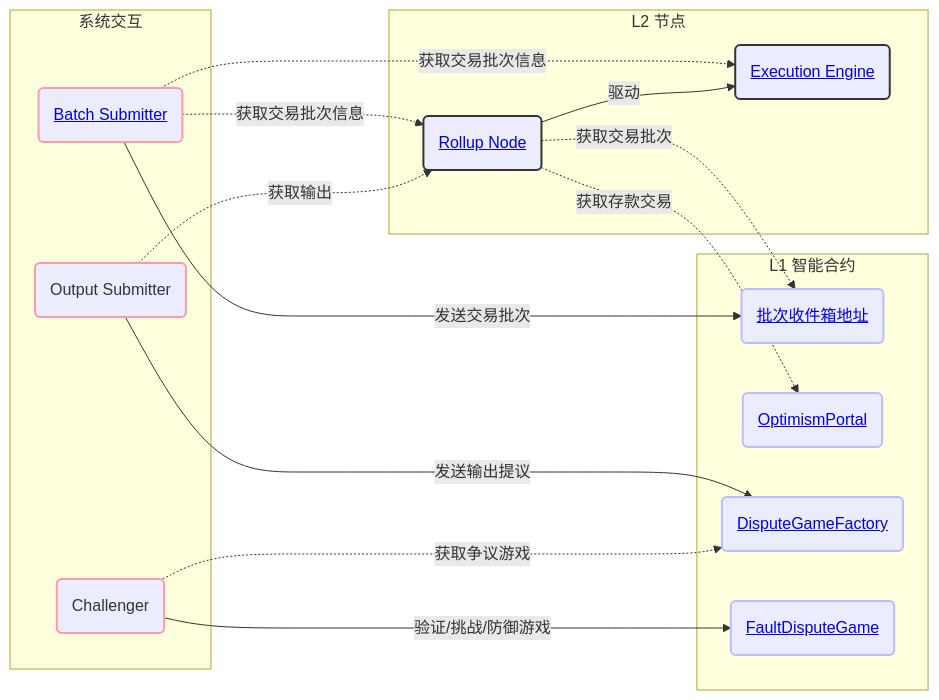
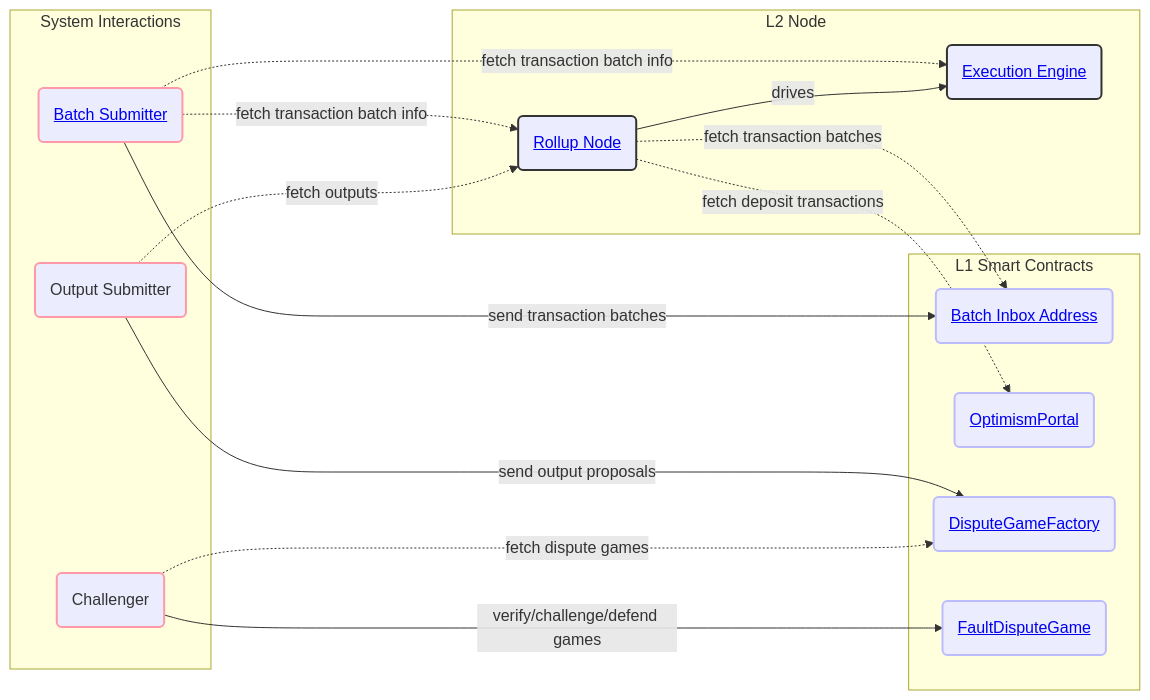
The fourth of 4 diagrams in layer2/optimism/optimism-codebase-protocol-overview.md (ywy2090/deep-into-solidity), drawn with Mermaid before and after one commit. The commit also changed other lines of this file and 1 other file, not shown here.

````diff
--- a/layer2/optimism/optimism-codebase-protocol-overview.md
+++ b/layer2/optimism/optimism-codebase-protocol-overview.md
@@ -260,42 +260,42 @@
 ```mermaid
 graph LR
-    subgraph "L2 节点"
-        RollupNode(<a href="https://specs.optimism.io/protocol/rollup-node.html">Rollup Node</a>)
-        ExecutionEngine(<a href="https://specs.optimism.io/protocol/exec-engine.html">Execution Engine</a>)
+    subgraph "L2 Node"
+        RollupNode(<a href="./rollup-node.html">Rollup Node</a>)
+        ExecutionEngine(<a href="./exec-engine.html">Execution Engine</a>)
     end
 
-    subgraph "系统交互"
-        BatchSubmitter(<a href="https://specs.optimism.io/protocol/batcher.html">Batch Submitter</a>)
+    subgraph "System Interactions"
+        BatchSubmitter(<a href="./batcher.html">Batch Submitter</a>)
         OutputSubmitter(Output Submitter)
         Challenger(Challenger)
     end
 
-    subgraph "L1 智能合约"
-        BatchDataEOA(<a href="https://specs.optimism.io/glossary.html#batcher-transaction">批次收件箱地址</a>)
-        OptimismPortal(<a href="https://specs.optimism.io/protocol/withdrawals.html#the-optimism-portal-contract">OptimismPortal</a>)
-        DisputeGameFactory(<a href="https://specs.optimism.io/fault-proof/stage-one/dispute-game-interface.html#disputegamefactory-interface">DisputeGameFactory</a>)
-        FaultDisputeGame(<a href="https://specs.optimism.io/fault-proof/stage-one/fault-dispute-game.html">FaultDisputeGame</a>)
+    subgraph "L1 Smart Contracts"
+        BatchDataEOA(<a href="../glossary.html#batcher-transaction">Batch Inbox Address</a>)
+        OptimismPortal(<a href="./withdrawals.html#the-optimism-portal-contract">OptimismPortal</a>)
+        DisputeGameFactory(<a href="../fault-proof/stage-one/dispute-game-interface.html#disputegamefactory-interface">DisputeGameFactory</a>)
+        FaultDisputeGame(<a href="../fault-proof/stage-one/fault-dispute-game.html">FaultDisputeGame</a>)
     end
 
-    BatchSubmitter -.->|获取交易批次信息| RollupNode
-    BatchSubmitter -.->|获取交易批次信息| ExecutionEngine
-    BatchSubmitter -->|发送交易批次| BatchDataEOA
+    BatchSubmitter -.->|fetch transaction batch info| RollupNode
+    BatchSubmitter -.->|fetch transaction batch info| ExecutionEngine
+    BatchSubmitter -->|send transaction batches| BatchDataEOA
 
-    RollupNode -.->|获取交易批次| BatchDataEOA
-    RollupNode -.->|获取存款交易| OptimismPortal
-    RollupNode -->|驱动| ExecutionEngine
+    RollupNode -.->|fetch transaction batches| BatchDataEOA
+    RollupNode -.->|fetch deposit transactions| OptimismPortal
+    RollupNode -->|drives| ExecutionEngine
 
-    OutputSubmitter -.->|获取输出| RollupNode
-    OutputSubmitter -->|发送输出提议| DisputeGameFactory
+    OutputSubmitter -.->|fetch outputs| RollupNode
+    OutputSubmitter -->|send output proposals| DisputeGameFactory
 
-    Challenger -.->|获取争议游戏| DisputeGameFactory
-    Challenger -->|验证/挑战/防御游戏| FaultDisputeGame
+    Challenger -.->|fetch dispute games| DisputeGameFactory
+    Challenger -->|verify/challenge/defend games| FaultDisputeGame
 
     classDef l2Components stroke:#333,stroke-width:2px;
     classDef systemUser stroke:#f9a,stroke-width:2px;
     classDef l1Contracts stroke:#bbf,stroke-width:2px;
 
     class RollupNode,ExecutionEngine l2Components;
     class BatchSubmitter,OutputSubmitter,Challenger systemUser;
     class BatchDataEOA,OptimismPortal,DisputeGameFactory,FaultDisputeGame l1Contracts;
 ```
````
